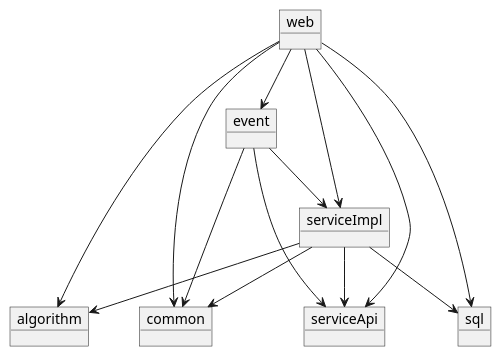
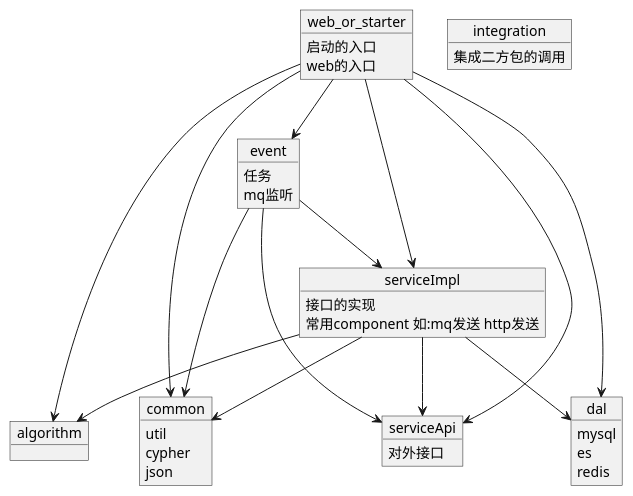
One commit to deipss/java-edu changed the diagram in uml/maven.puml. Above: the diagram before and after it, drawn with PlantUML. The commit also changed 2 other files, not shown here.

```diff
--- a/uml/maven.puml
+++ b/uml/maven.puml
@@ -1,27 +1,49 @@
 @startuml
 object algorithm
-object common
-object event
-object serviceApi
-object serviceImpl
-object sql
-object web
+object integration{
+    集成二方包的调用
+}
+object common{
+util
+cypher
+json
+}
+object event{
+任务
+mq监听
+}
+object serviceApi{
+对外接口
+}
+object serviceImpl{
+接口的实现
+常用component 如:mq发送 http发送
+}
+object dal{
+mysql
+es
+redis
+}
+object web_or_starter{
+启动的入口
+web的入口
+}
 
-web --> sql
-web --> serviceApi
-web --> serviceImpl
-web --> event
-web --> common
-web --> algorithm
+web_or_starter --> dal
+web_or_starter --> serviceApi
+web_or_starter --> serviceImpl
+web_or_starter --> event
+web_or_starter --> common
+web_or_starter --> algorithm
 
 serviceImpl --> serviceApi
-serviceImpl --> sql
+serviceImpl --> dal
 serviceImpl --> common
 serviceImpl --> algorithm
 
 event --> serviceApi
 event --> serviceImpl
 event --> common
 
 
 @enduml
```
